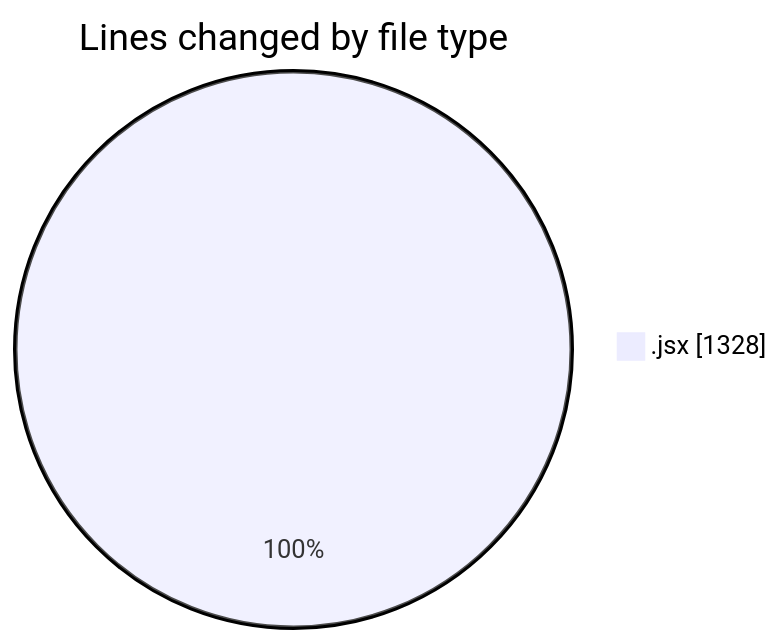
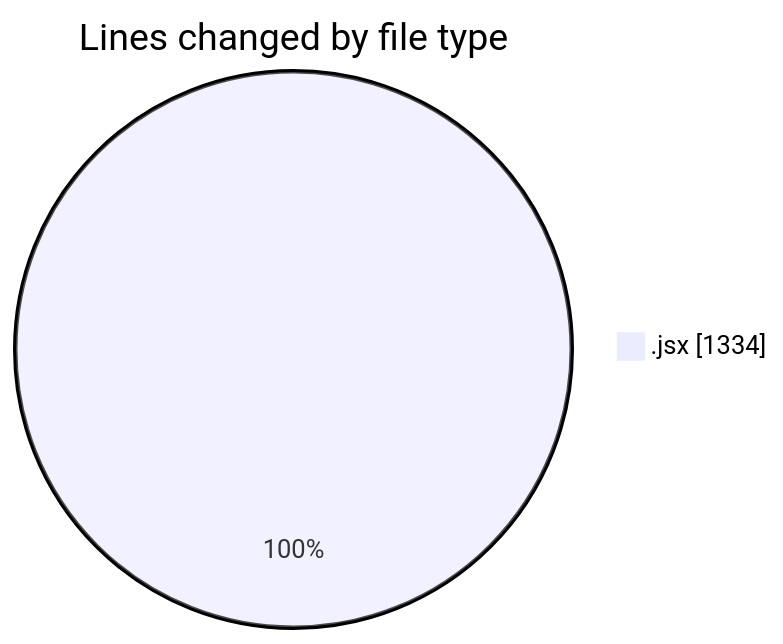
The first of 2 diagrams in 2025-11-17/argos/README.md (nxtqubesakshisongat/code-tracking), drawn with Mermaid before and after one commit. The commit also changed other lines of this file and 1 other file, not shown here.

````diff
--- a/2025-11-17/argos/README.md
+++ b/2025-11-17/argos/README.md
@@ -20,5 +20,5 @@
 ```mermaid
 pie showData
 title Lines changed by file type
-".jsx" : 1328
+".jsx" : 1334
 ```
````
